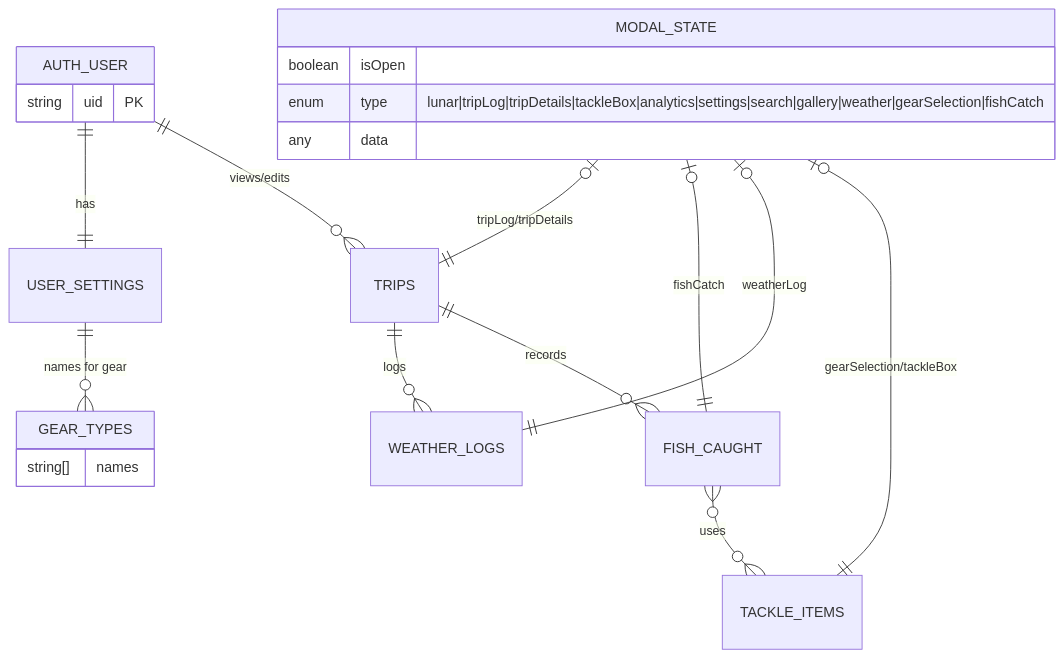
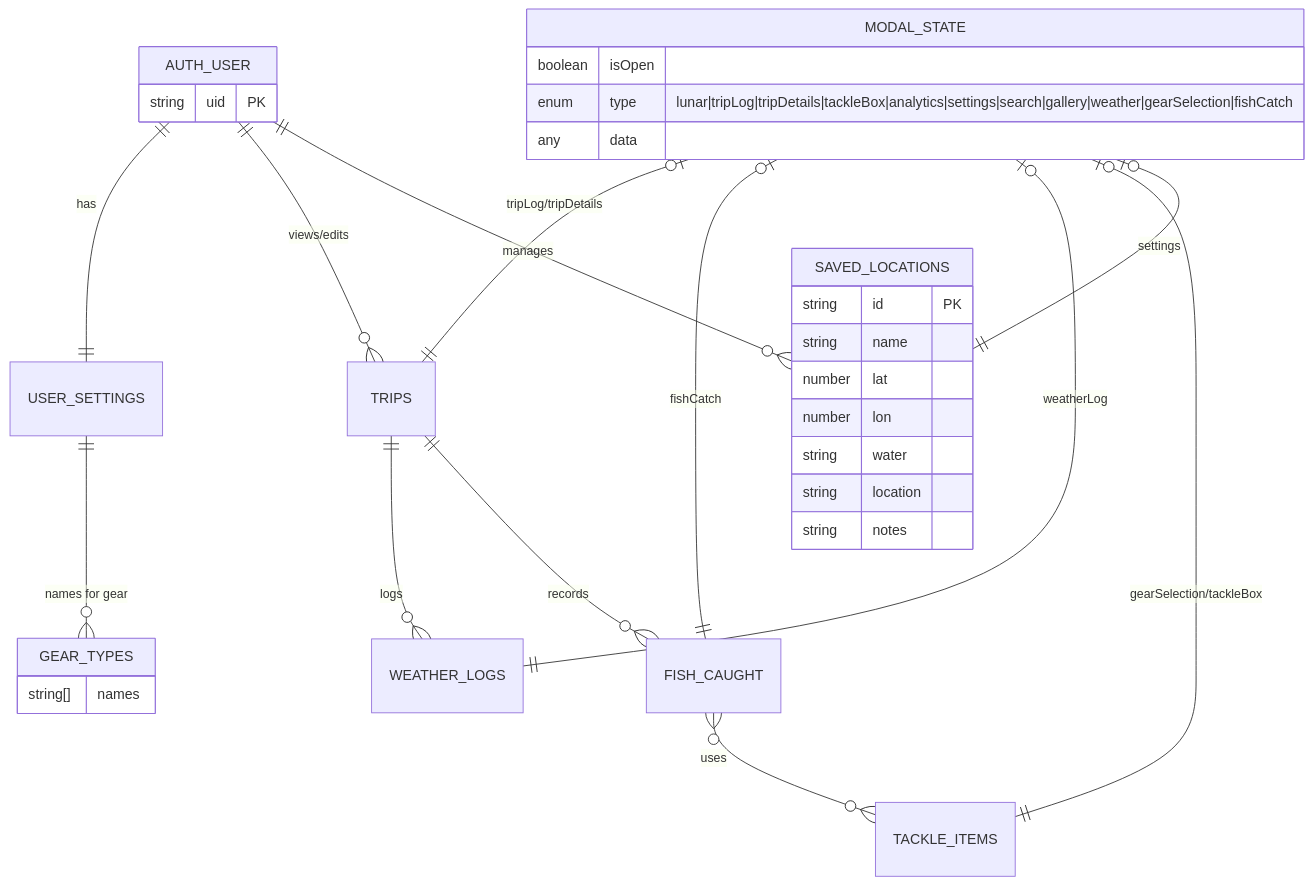
Before and after one commit to kerry-davis/maori-fishing-calendar-react: the fourth of 4 diagrams in docs/architecture/DATA_MODEL.md, drawn with Mermaid. The commit also changed other lines of this file and 26 other files, not shown here.

Commit message:
feat: add locations feature with saved locations functionality

````diff
--- a/docs/architecture/DATA_MODEL.md
+++ b/docs/architecture/DATA_MODEL.md
@@ -226,21 +261,32 @@
 ```mermaid
 erDiagram
   AUTH_USER ||--|| USER_SETTINGS : "has"
   AUTH_USER ||--o{ TRIPS : "views/edits"
+  AUTH_USER ||--o{ SAVED_LOCATIONS : "manages"
   TRIPS ||--o{ WEATHER_LOGS : "logs"
   TRIPS ||--o{ FISH_CAUGHT : "records"
   FISH_CAUGHT o{--o{ TACKLE_ITEMS : "uses"
   USER_SETTINGS ||--o{ GEAR_TYPES : "names for gear"
   MODAL_STATE o|--|| TRIPS : "tripLog/tripDetails"
   MODAL_STATE o|--|| FISH_CAUGHT : "fishCatch"
   MODAL_STATE o|--|| WEATHER_LOGS : "weatherLog"
   MODAL_STATE o|--|| TACKLE_ITEMS : "gearSelection/tackleBox"
+  MODAL_STATE o|--|| SAVED_LOCATIONS : "settings"
 
   AUTH_USER { string uid PK }
+  SAVED_LOCATIONS {
+    string id PK
+    string name
+    number lat
+    number lon
+    string water
+    string location
+    string notes
+  }
   MODAL_STATE {
     boolean isOpen
     enum type "lunar|tripLog|tripDetails|tackleBox|analytics|settings|search|gallery|weather|gearSelection|fishCatch"
     any data
   }
   GEAR_TYPES { string[] names }
 ```
````
